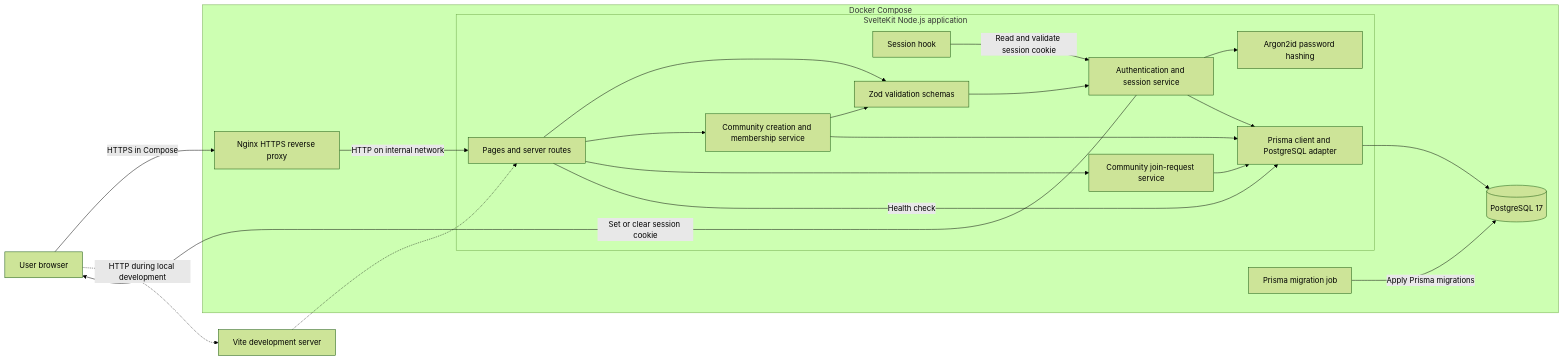
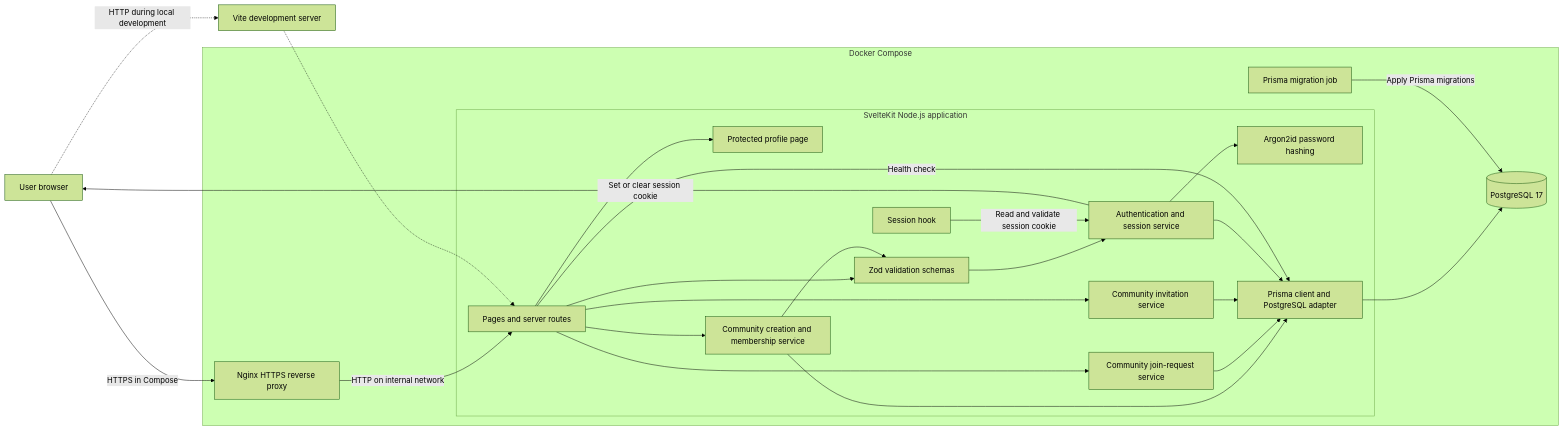
The diagram in README.md (jhuliaah/Transcendence_ft), drawn with Mermaid (forest theme) before and after one commit. The commit also changed other lines of this file, not shown here.

Commit message:
docs: update community invitation documentation

````diff
--- a/README.md
+++ b/README.md
@@ -167,41 +167,46 @@
 ```mermaid
 flowchart LR
     browser[User browser]
 
     subgraph compose[Docker Compose]
         nginx[Nginx HTTPS reverse proxy]
         subgraph app[SvelteKit Node.js application]
             routes[Pages and server routes]
             hooks[Session hook]
             schemas[Zod validation schemas]
             auth[Authentication and session service]
+            profile[Protected profile page]
             community[Community creation and membership service]
             joinRequest[Community join-request service]
+            invitation[Community invitation service]
             argon[Argon2id password hashing]
             prisma[Prisma client and PostgreSQL adapter]
         end
         dbtools[Prisma migration job]
         postgres[(PostgreSQL 17)]
     end
 
     vite[Vite development server]
 
     browser -->|HTTPS in Compose| nginx
     nginx -->|HTTP on internal network| routes
     browser -.->|HTTP during local development| vite
     vite -.-> routes
     routes --> schemas
     schemas --> auth
+    routes --> profile
     routes --> community
     routes --> joinRequest
+    routes --> invitation
     community --> schemas
     community --> prisma
     joinRequest --> prisma
+    invitation --> prisma
     hooks -->|Read and validate session cookie| auth
     auth --> argon
     auth --> prisma
     routes -->|Health check| prisma
     prisma --> postgres
     dbtools -->|Apply Prisma migrations| postgres
     auth -->|Set or clear session cookie| browser
 ```
````
